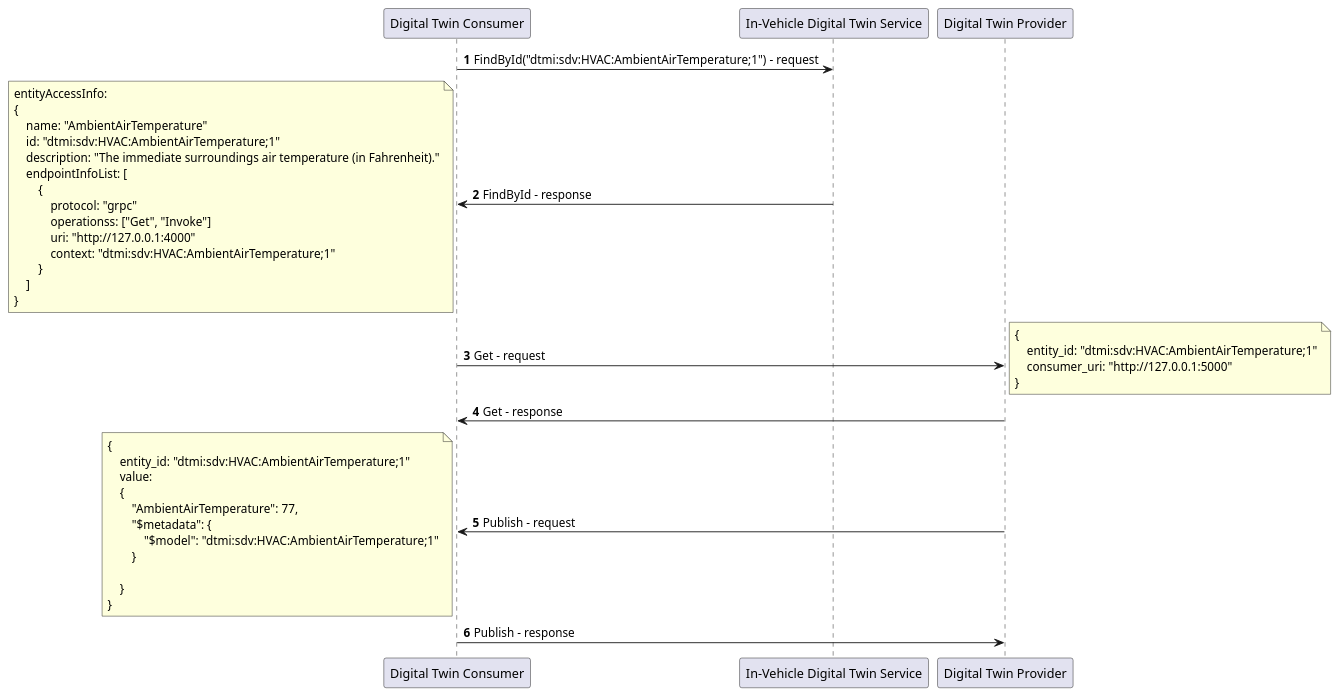
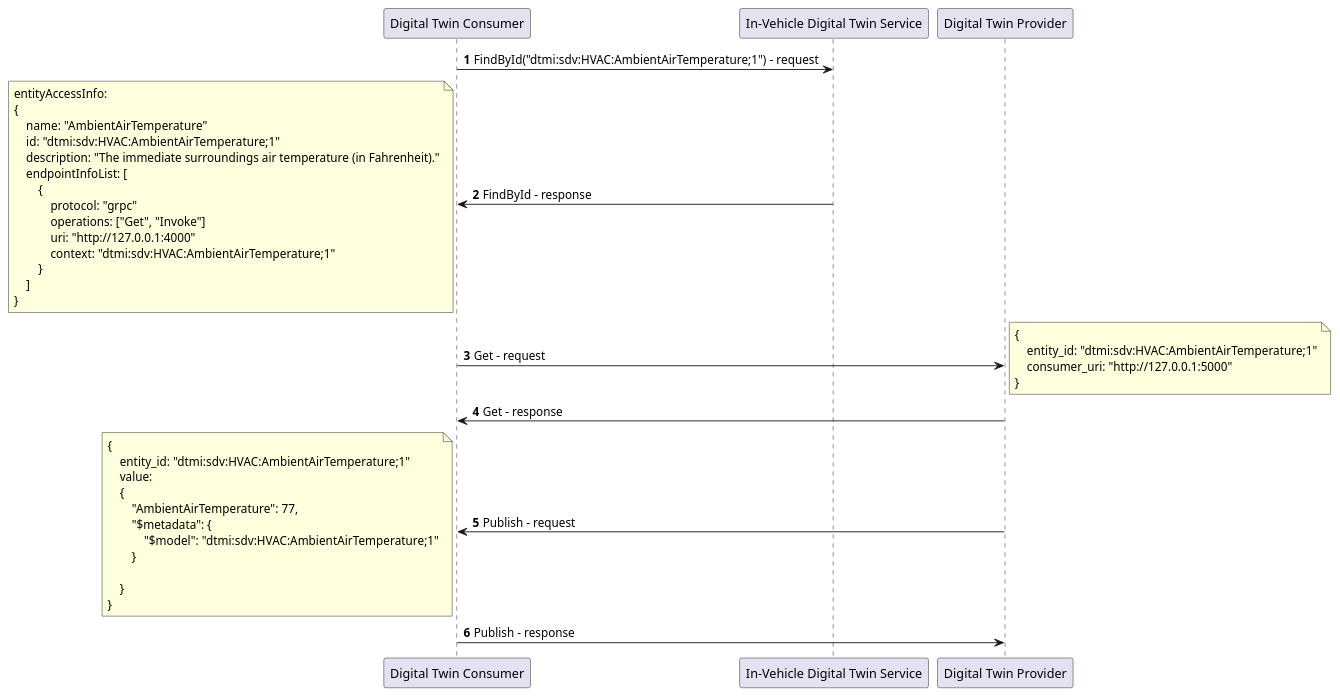
One commit to eclipse-ibeji/ibeji changed the diagram in docs/design/diagrams/get_sequence.puml. Above: the diagram before and after it, drawn with PlantUML. The commit also changed 7 other files, not shown here.

```diff
--- a/docs/design/diagrams/get_sequence.puml
+++ b/docs/design/diagrams/get_sequence.puml
@@ -1,51 +1,51 @@
 @startuml
 
 autonumber
 
 "Digital Twin Consumer" -> "In-Vehicle Digital Twin Service" : FindById("dtmi:sdv:HVAC:AmbientAirTemperature;1") - request
 "Digital Twin Consumer" <- "In-Vehicle Digital Twin Service" : FindById - response
 note left
 entityAccessInfo:
 {
     name: "AmbientAirTemperature"
     id: "dtmi:sdv:HVAC:AmbientAirTemperature;1"
     description: "The immediate surroundings air temperature (in Fahrenheit)."
     endpointInfoList: [
         {
             protocol: "grpc"
-            operationss: ["Get", "Invoke"]
+            operations: ["Get", "Invoke"]
             uri: "http://127.0.0.1:4000"
             context: "dtmi:sdv:HVAC:AmbientAirTemperature;1"
         }
     ]
 }
 end note
 
 "Digital Twin Consumer" -> "Digital Twin Provider" : Get - request
 note right
 {
     entity_id: "dtmi:sdv:HVAC:AmbientAirTemperature;1"
     consumer_uri: "http://127.0.0.1:5000"
 }
 end note
 
 "Digital Twin Consumer" <- "Digital Twin Provider" : Get - response
 
 "Digital Twin Consumer" <- "Digital Twin Provider" : Publish - request
 note left
 {
     entity_id: "dtmi:sdv:HVAC:AmbientAirTemperature;1"
     value:
     {
         "AmbientAirTemperature": 77,
         "$metadata": {
             "$model": "dtmi:sdv:HVAC:AmbientAirTemperature;1"
         }
 
     }
 }
 end note
 
 "Digital Twin Consumer" -> "Digital Twin Provider" : Publish - response
 
 @enduml
```
